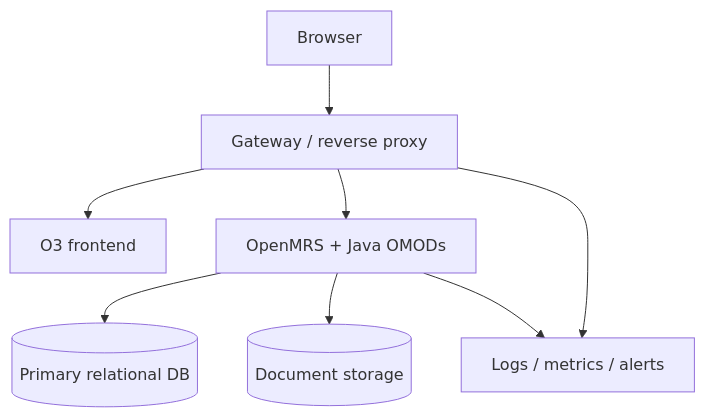
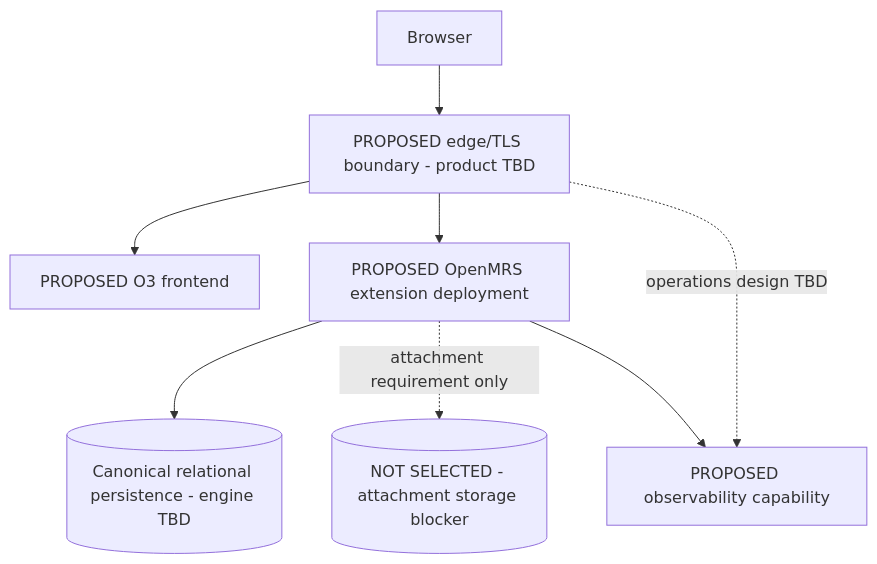
The second of 2 diagrams in docs/01-ARCHITECTURE.md (neetrino/Saribekyan-HIT), drawn with Mermaid before and after one commit. The commit also changed other lines of this file and 17 other files, not shown here.

````diff
--- a/docs/01-ARCHITECTURE.md
+++ b/docs/01-ARCHITECTURE.md
@@ -86,10 +86,10 @@
 ```mermaid
 flowchart TB
-  Browser --> Gateway[Gateway / reverse proxy]
-  Gateway --> Frontend[O3 frontend]
-  Gateway --> Backend[OpenMRS + Java OMODs]
-  Backend --> DB[(Primary relational DB)]
-  Backend --> Files[(Document storage)]
-  Gateway --> Obs[Logs / metrics / alerts]
+  Browser --> Edge[PROPOSED edge/TLS boundary - product TBD]
+  Edge --> Frontend[PROPOSED O3 frontend]
+  Edge --> Backend[PROPOSED OpenMRS extension deployment]
+  Backend --> DB[(Canonical relational persistence - engine TBD)]
+  Backend -. attachment requirement only .-> Files[(NOT SELECTED - attachment storage blocker)]
+  Edge -. operations design TBD .-> Obs[PROPOSED observability capability]
   Backend --> Obs
 ```
````
